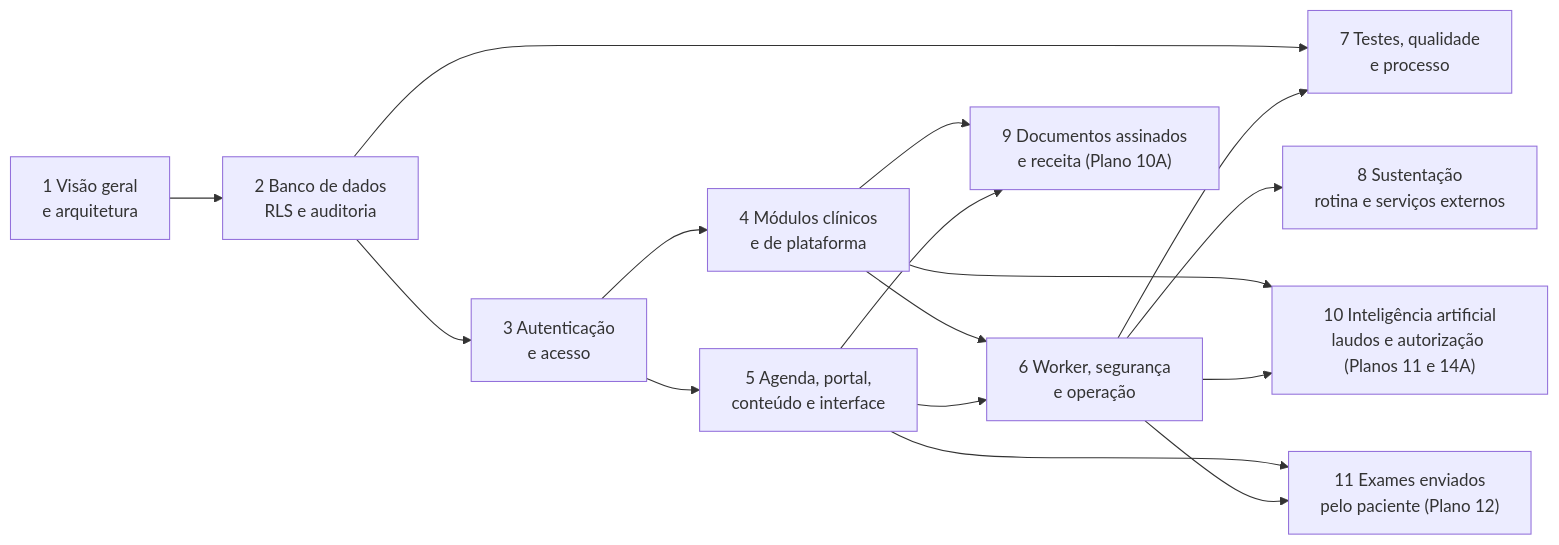
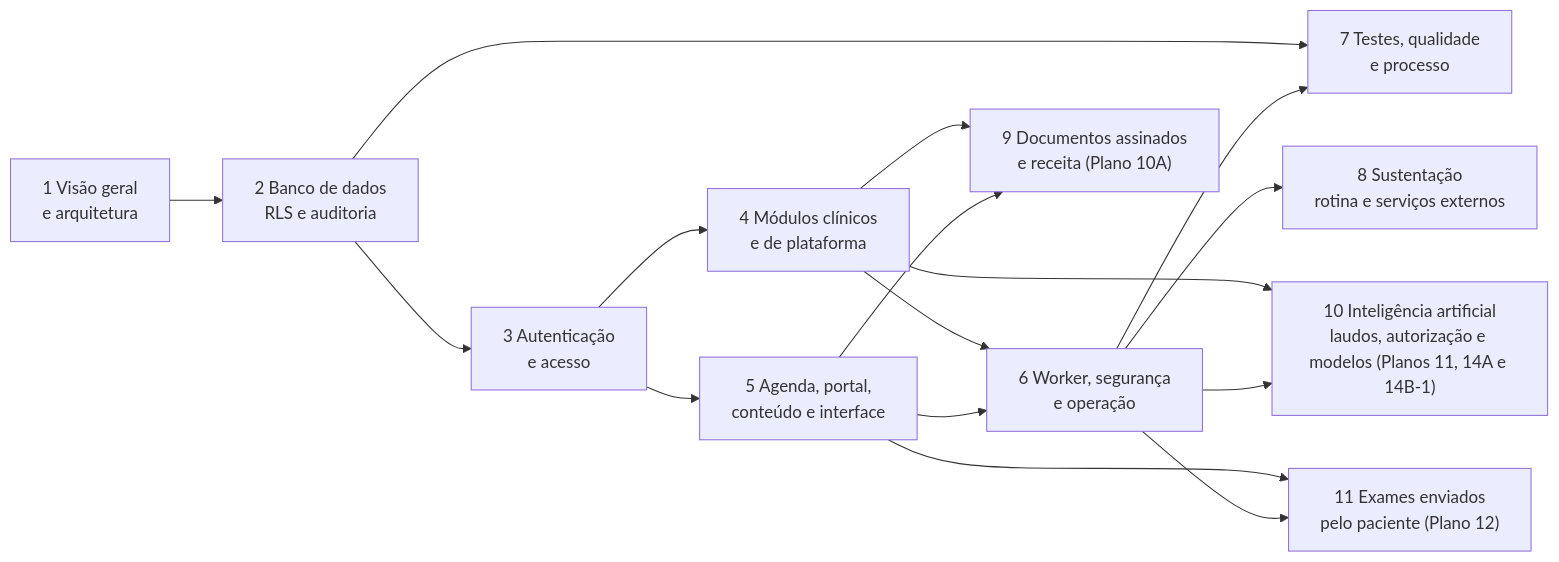
Before and after one commit to fabianojp06/nutridebby: the diagram in docs/manual-tecnico/README.md, drawn with Mermaid. The commit also changed other lines of this file and 20 other files, not shown here.

````diff
--- a/docs/manual-tecnico/README.md
+++ b/docs/manual-tecnico/README.md
@@ -51,18 +51,18 @@
 ```mermaid
 flowchart LR
   C1["1 Visão geral<br/>e arquitetura"] --> C2["2 Banco de dados<br/>RLS e auditoria"]
   C2 --> C3["3 Autenticação<br/>e acesso"]
   C3 --> C4["4 Módulos clínicos<br/>e de plataforma"]
   C3 --> C5["5 Agenda, portal,<br/>conteúdo e interface"]
   C4 --> C6["6 Worker, segurança<br/>e operação"]
   C5 --> C6
   C2 --> C7["7 Testes, qualidade<br/>e processo"]
   C6 --> C7
   C6 --> C8["8 Sustentação<br/>rotina e serviços externos"]
   C4 --> C9["9 Documentos assinados<br/>e receita (Plano 10A)"]
   C5 --> C9
-  C4 --> C10["10 Inteligência artificial<br/>laudos e autorização (Planos 11 e 14A)"]
+  C4 --> C10["10 Inteligência artificial<br/>laudos, autorização e modelos (Planos 11, 14A e 14B-1)"]
   C6 --> C10
   C5 --> C11["11 Exames enviados<br/>pelo paciente (Plano 12)"]
   C6 --> C11
 ```
````
